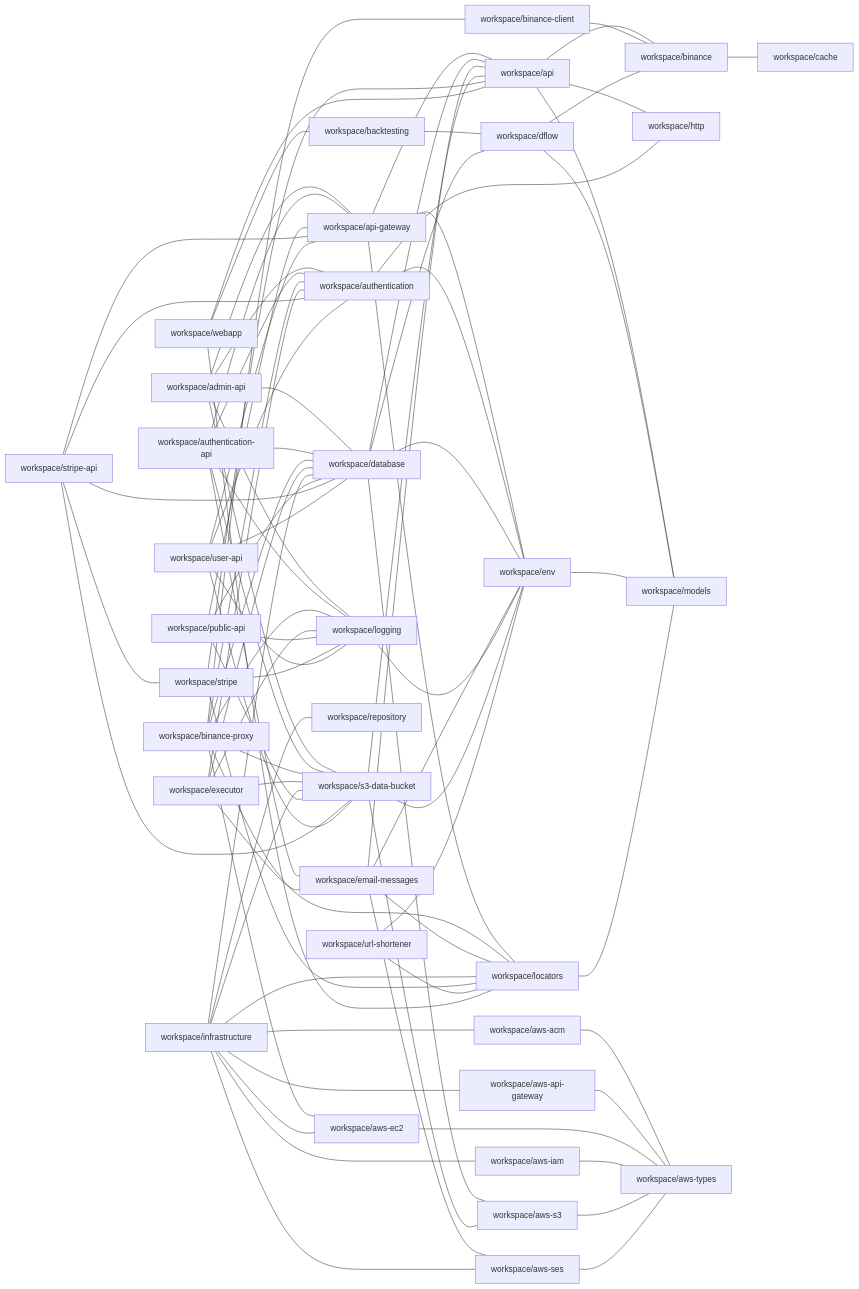
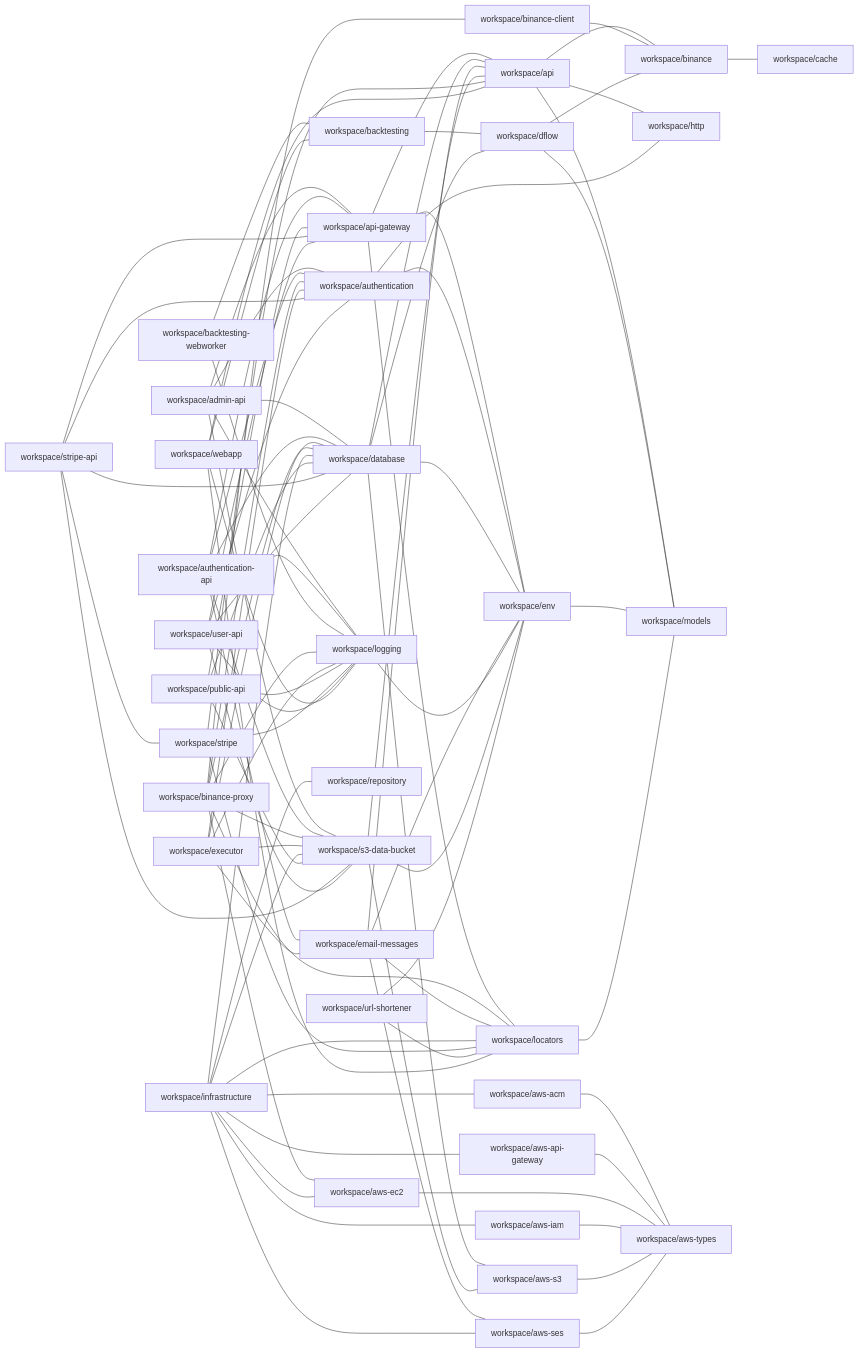
The diagram in repository/docs/npm-dependencies.md (ggbot-org/ggbot), drawn with Mermaid before and after one commit. The commit also changed other lines of this file and 22 other files, not shown here.

Commit message:
add backtesting-webworker workspace

````diff
--- a/repository/docs/npm-dependencies.md
+++ b/repository/docs/npm-dependencies.md
@@ -30,6 +31,8 @@
     workspace/aws-s3 --- workspace/aws-types
     workspace/aws-ses --- workspace/aws-types
     workspace/backtesting --- workspace/dflow
+    workspace/backtesting-webworker --- workspace/backtesting
+    workspace/backtesting-webworker --- workspace/logging
     workspace/binance --- workspace/cache
     workspace/binance-client --- workspace/binance
     workspace/binance-proxy --- workspace/aws-ec2
@@ -91,4 +94,5 @@
     workspace/webapp --- workspace/api
     workspace/webapp --- workspace/backtesting
     workspace/webapp --- workspace/locators
+    workspace/webapp --- workspace/logging
 ```
````
